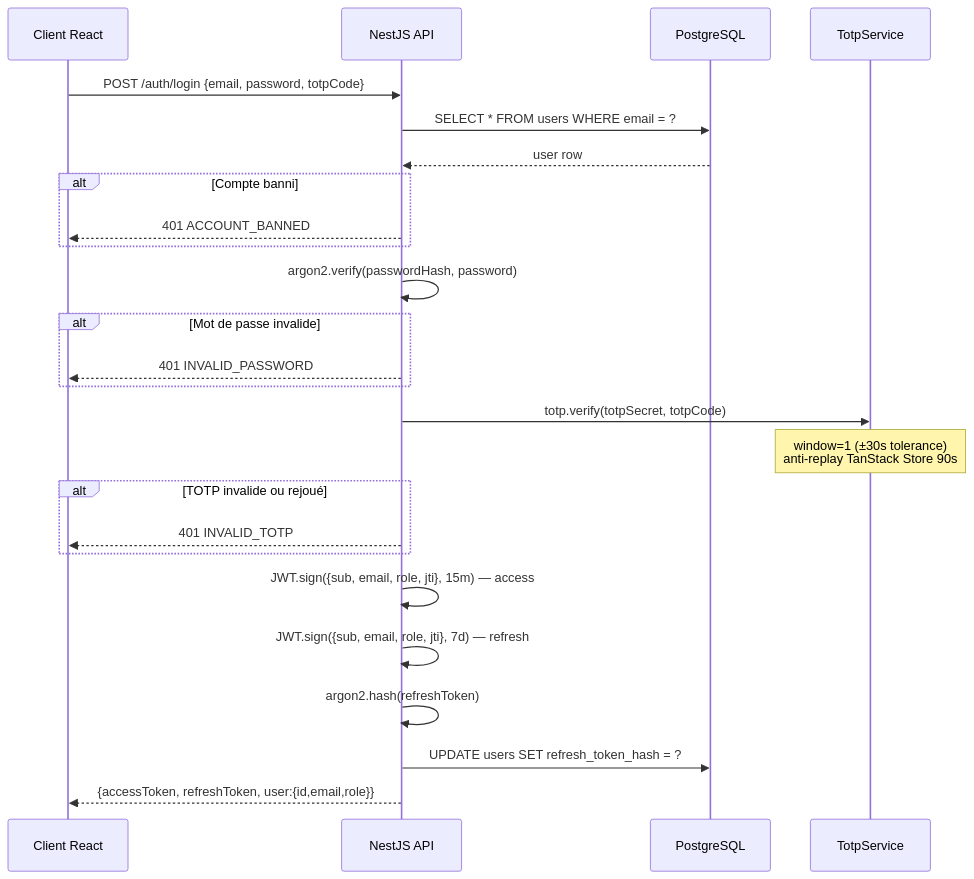
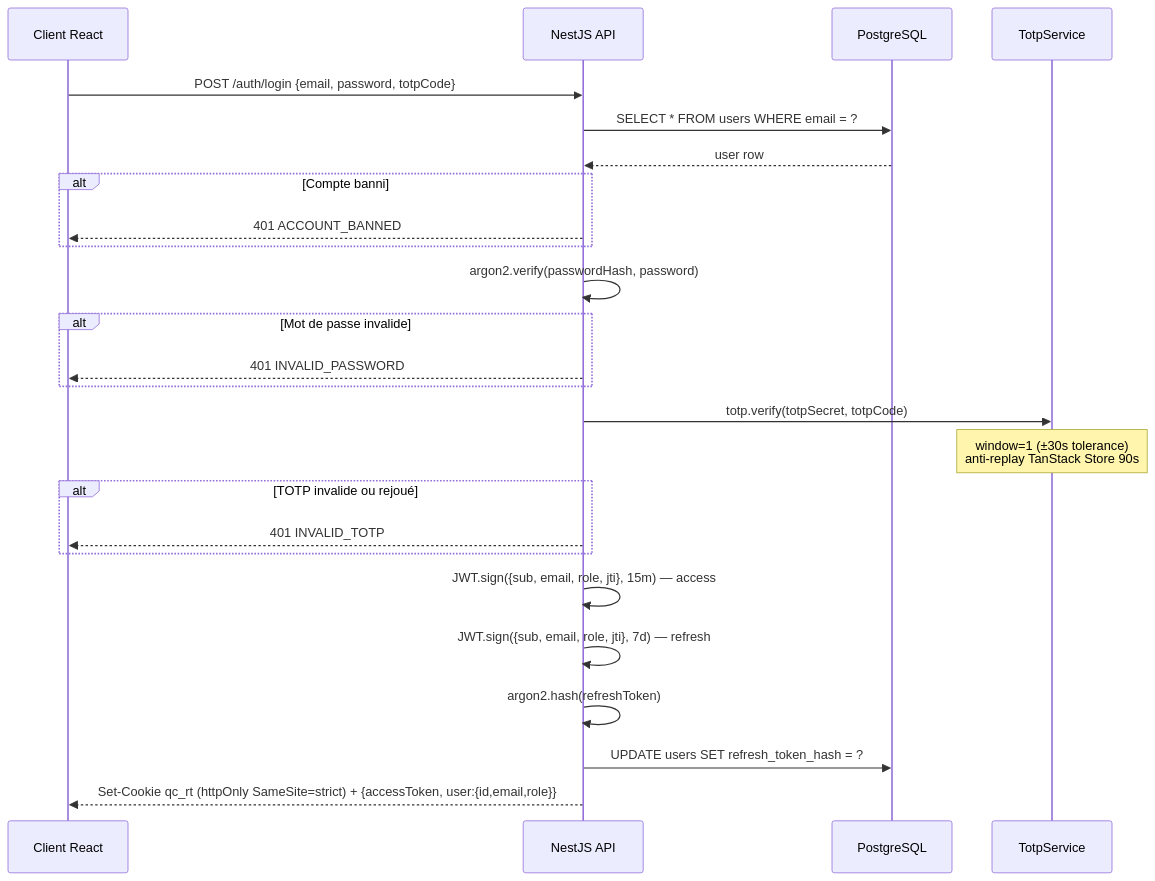
Before and after one commit to creibaud/QuartierConnect: the fourth of 16 diagrams in docs/ARCHITECTURE.md, drawn with Mermaid. The commit also changed other lines of this file and 28 other files, not shown here.

First line of the commit message:
feat(auth): implement access token revocation and management

````diff
--- a/docs/ARCHITECTURE.md
+++ b/docs/ARCHITECTURE.md
@@ -172,32 +162,32 @@
 ```mermaid
 sequenceDiagram
     participant C as Client React
     participant API as NestJS API
     participant PG as PostgreSQL
     participant TS as TotpService
 
     C->>API: POST /auth/login {email, password, totpCode}
     API->>PG: SELECT * FROM users WHERE email = ?
     PG-->>API: user row
 
     alt Compte banni
         API-->>C: 401 ACCOUNT_BANNED
     end
 
     API->>API: argon2.verify(passwordHash, password)
     alt Mot de passe invalide
         API-->>C: 401 INVALID_PASSWORD
     end
 
     API->>TS: totp.verify(totpSecret, totpCode)
     Note over TS: window=1 (±30s tolerance)<br/>anti-replay TanStack Store 90s
     alt TOTP invalide ou rejoué
         API-->>C: 401 INVALID_TOTP
     end
 
     API->>API: JWT.sign({sub, email, role, jti}, 15m) — access
     API->>API: JWT.sign({sub, email, role, jti}, 7d) — refresh
     API->>API: argon2.hash(refreshToken)
     API->>PG: UPDATE users SET refresh_token_hash = ?
-    API-->>C: {accessToken, refreshToken, user:{id,email,role}}
+    API-->>C: Set-Cookie qc_rt (httpOnly SameSite=strict) + {accessToken, user:{id,email,role}}
 ```
````
